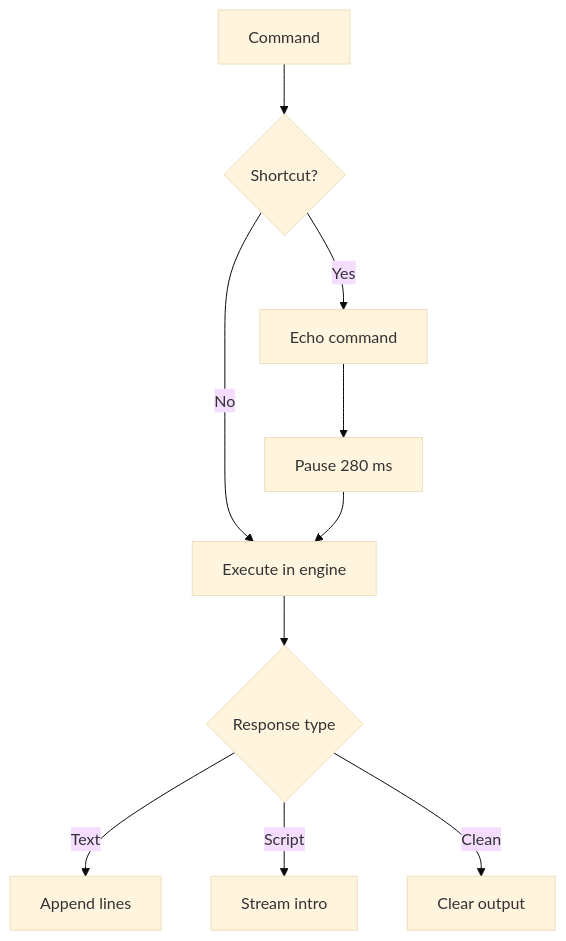
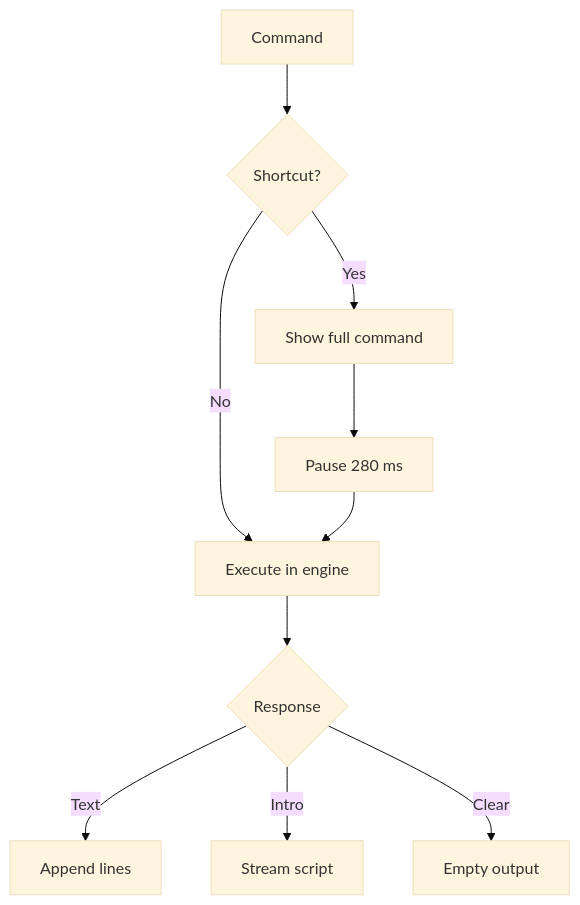
The second of 2 diagrams in docs/DEVELOPMENT.md (yassinebkr/ShellFolio), drawn with Mermaid (base theme) before and after one commit. The commit also changed other lines of this file and 10 other files, not shown here.

````diff
--- a/docs/DEVELOPMENT.md
+++ b/docs/DEVELOPMENT.md
@@ -39,12 +38,12 @@
 ```mermaid
 flowchart TD
-    A["Command"] --> B{"Shortcut?"}
-    B -->|Yes| C["Echo command"]
-    C --> D["Pause 280 ms"]
-    B -->|No| E["Execute in engine"]
-    D --> E
-    E --> F{"Response type"}
-    F -->|Text| G["Append lines"]
-    F -->|Script| H["Stream intro"]
-    F -->|Clean| I["Clear output"]
+    Command["Command"] --> Shortcut{"Shortcut?"}
+    Shortcut -->|Yes| Echo["Show full command"]
+    Echo --> Pause["Pause 280 ms"]
+    Shortcut -->|No| Execute["Execute in engine"]
+    Pause --> Execute
+    Execute --> Result{"Response"}
+    Result -->|Text| Lines["Append lines"]
+    Result -->|Intro| Script["Stream script"]
+    Result -->|Clear| Clear["Empty output"]
 ```
````
